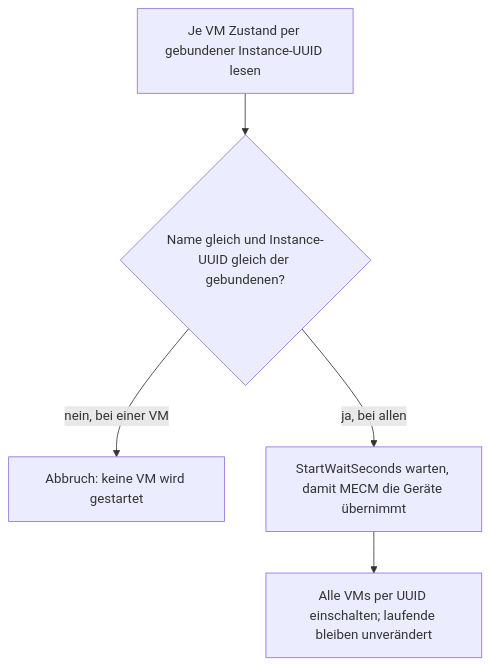
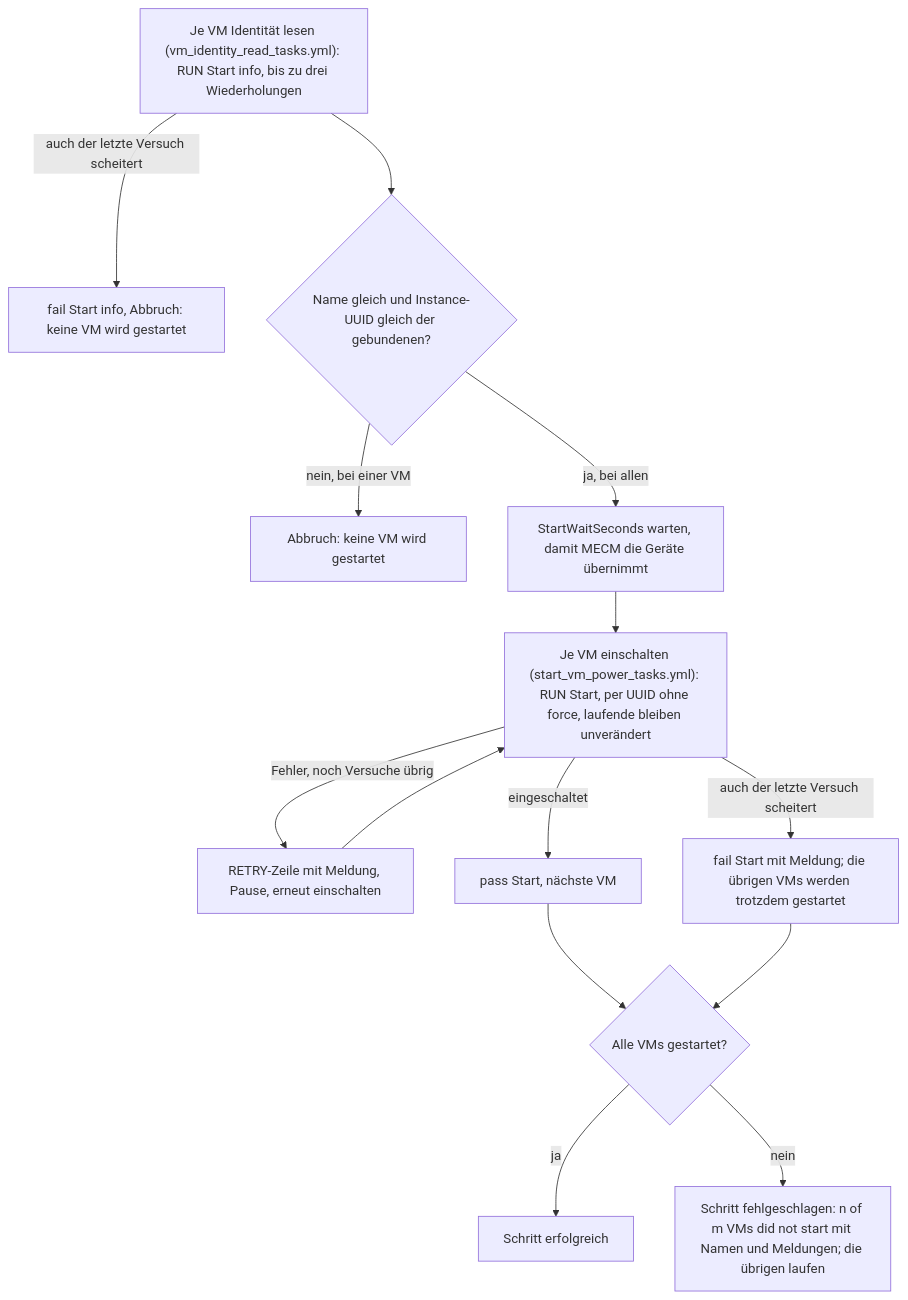
One commit to Samy94M/VirtuSphere-v2-WebApp changed diagram 15 of 18 in docs/operations/deploy-flows.md. Above: the diagram before and after it, drawn with Mermaid. The commit also changed other lines of this file and 48 other files, not shown here.

````diff
--- a/docs/operations/deploy-flows.md
+++ b/docs/operations/deploy-flows.md
@@ -494,7 +509,16 @@
 ```mermaid
 flowchart TD
-  A["Je VM Zustand per gebundener Instance-UUID lesen"] --> B{"Name gleich und Instance-UUID gleich der gebundenen?"}
+  A["Je VM Identität lesen (vm_identity_read_tasks.yml): RUN Start info, bis zu drei Wiederholungen"] -->|auch der letzte Versuch scheitert| AX["fail Start info, Abbruch: keine VM wird gestartet"]
+  A --> B{"Name gleich und Instance-UUID gleich der gebundenen?"}
   B -->|nein, bei einer VM| BX["Abbruch: keine VM wird gestartet"]
   B -->|ja, bei allen| C["StartWaitSeconds warten, damit MECM die Geräte übernimmt"]
-  C --> D["Alle VMs per UUID einschalten; laufende bleiben unverändert"]
+  C --> D["Je VM einschalten (start_vm_power_tasks.yml): RUN Start, per UUID ohne force, laufende bleiben unverändert"]
+  D -->|Fehler, noch Versuche übrig| DW["RETRY-Zeile mit Meldung, Pause, erneut einschalten"]
+  DW --> D
+  D -->|eingeschaltet| DP["pass Start, nächste VM"]
+  D -->|auch der letzte Versuch scheitert| DF["fail Start mit Meldung; die übrigen VMs werden trotzdem gestartet"]
+  DP --> E{"Alle VMs gestartet?"}
+  DF --> E
+  E -->|ja| E0["Schritt erfolgreich"]
+  E -->|nein| EX["Schritt fehlgeschlagen: n of m VMs did not start mit Namen und Meldungen; die übrigen laufen"]
 ```
````
